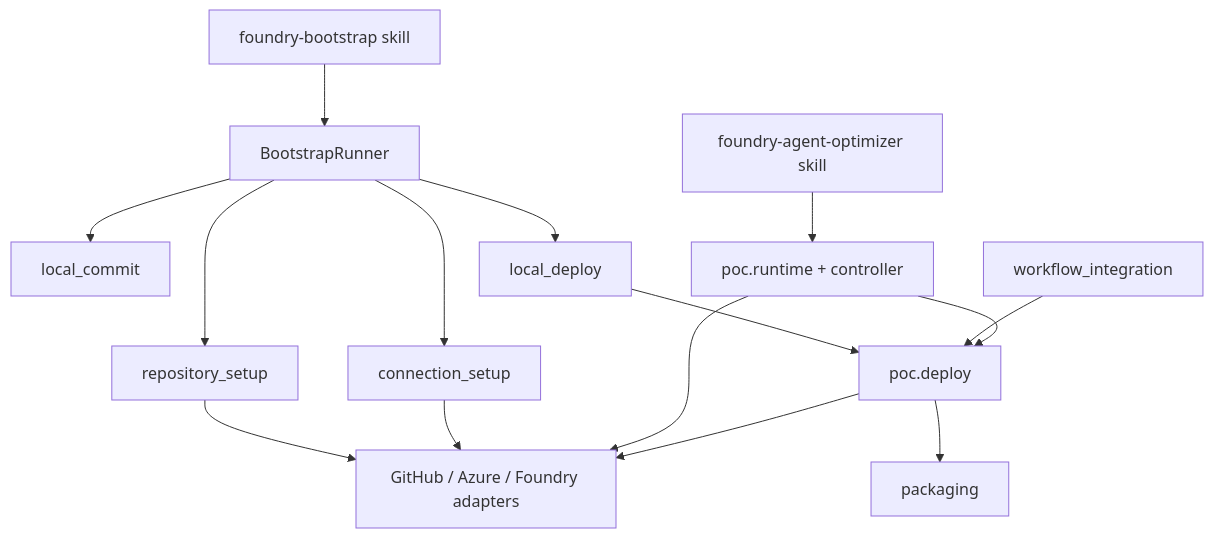
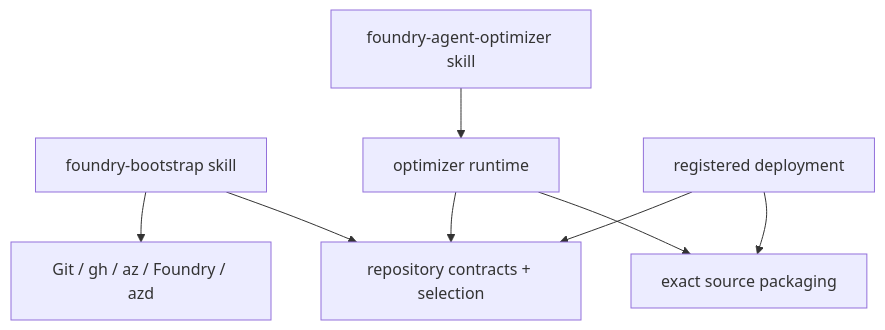
Before and after one commit to XOEEst/foundry-optimizer-coding-agent-plugin: the diagram in docs/architecture/module-map.md, drawn with Mermaid. The commit also changed other lines of this file and 31 other files, not shown here.

Commit message:
Document skill-only bootstrap architecture

````diff
--- a/docs/architecture/module-map.md
+++ b/docs/architecture/module-map.md
@@ -10,30 +5,18 @@
 ```mermaid
 flowchart TD
     BootSkill[foundry-bootstrap skill]
-    BootRunner[BootstrapRunner]
-    RepoSetup[repository_setup]
-    Connect[connection_setup]
-    Commit[local_commit]
-    LocalDeploy[local_deploy]
-    Workflow[workflow_integration]
+    Tools[Git / gh / az / Foundry / azd]
+    Contracts[repository contracts + selection]
     OptSkill[foundry-agent-optimizer skill]
-    Runtime[poc.runtime + controller]
-    Deploy[poc.deploy]
-    Packaging[packaging]
-    Adapters[GitHub / Azure / Foundry adapters]
+    Runtime[optimizer runtime]
+    Deploy[registered deployment]
+    Packaging[exact source packaging]
 
-    BootSkill --> BootRunner
-    BootRunner --> RepoSetup
-    BootRunner --> Connect
-    BootRunner --> Commit
-    BootRunner --> LocalDeploy
-    LocalDeploy --> Deploy
-    Workflow --> Deploy
+    BootSkill --> Tools
+    BootSkill --> Contracts
     OptSkill --> Runtime
-    Runtime --> Deploy
+    Runtime --> Contracts
+    Runtime --> Packaging
+    Deploy --> Contracts
     Deploy --> Packaging
-    RepoSetup --> Adapters
-    Connect --> Adapters
-    Runtime --> Adapters
-    Deploy --> Adapters
 ```
````
